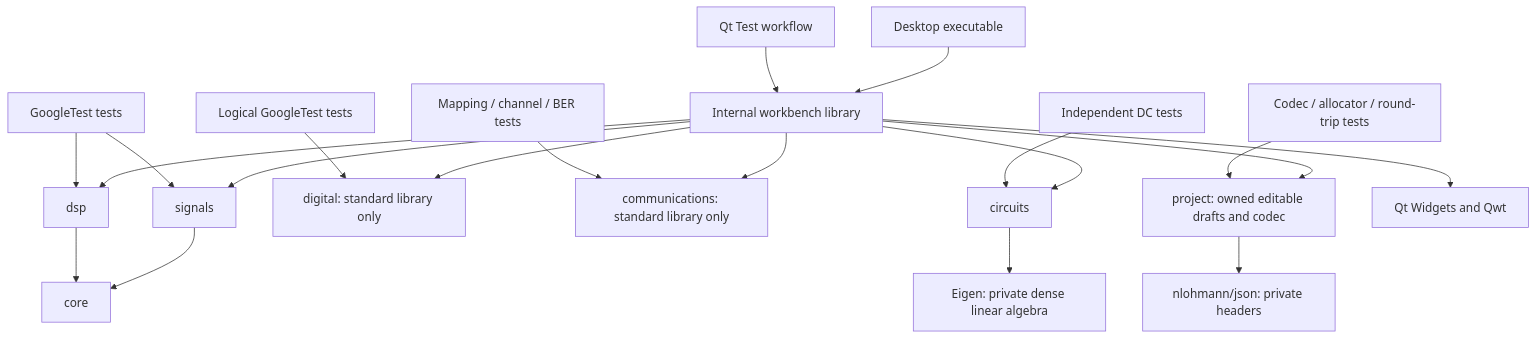
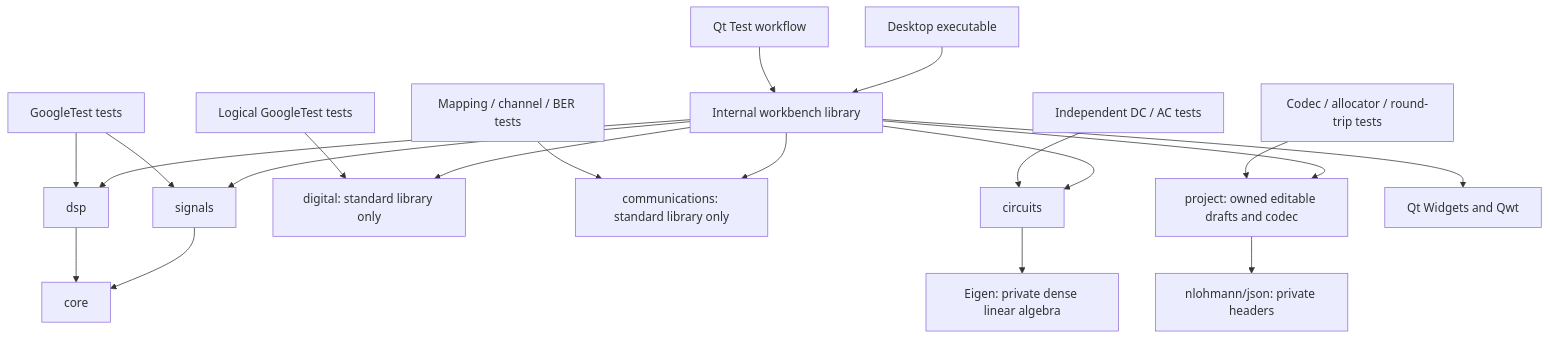
Before and after one commit to codyklein/open-ece: the diagram in docs/architecture.md, drawn with Mermaid. The commit also changed other lines of this file and 46 other files, not shown here.

````diff
--- a/docs/architecture.md
+++ b/docs/architecture.md
@@ -5,22 +5,22 @@
 ```mermaid
 flowchart TD
     App[Desktop executable] --> UI[Internal workbench library]
     UI --> Signals[signals]
     UI --> DSP[dsp]
     UI --> Digital[digital: standard library only]
     DigitalTests[Logical GoogleTest tests] --> Digital
     UI --> Communications[communications: standard library only]
     CommunicationsTests[Mapping / channel / BER tests] --> Communications
     UI --> Circuits[circuits]
     Circuits --> Eigen[Eigen: private dense linear algebra]
-    CircuitTests[Independent DC tests] --> Circuits
+    CircuitTests[Independent DC / AC tests] --> Circuits
     UI --> Project[project: owned editable drafts and codec]
     Project --> JSON[nlohmann/json: private headers]
     ProjectTests[Codec / allocator / round-trip tests] --> Project
     UI --> Qt[Qt Widgets and Qwt]
     Signals --> Core[core]
     DSP --> Core
     NumericalTests[GoogleTest tests] --> Signals
     NumericalTests --> DSP
     GuiTests[Qt Test workflow] --> UI
 ```
````
